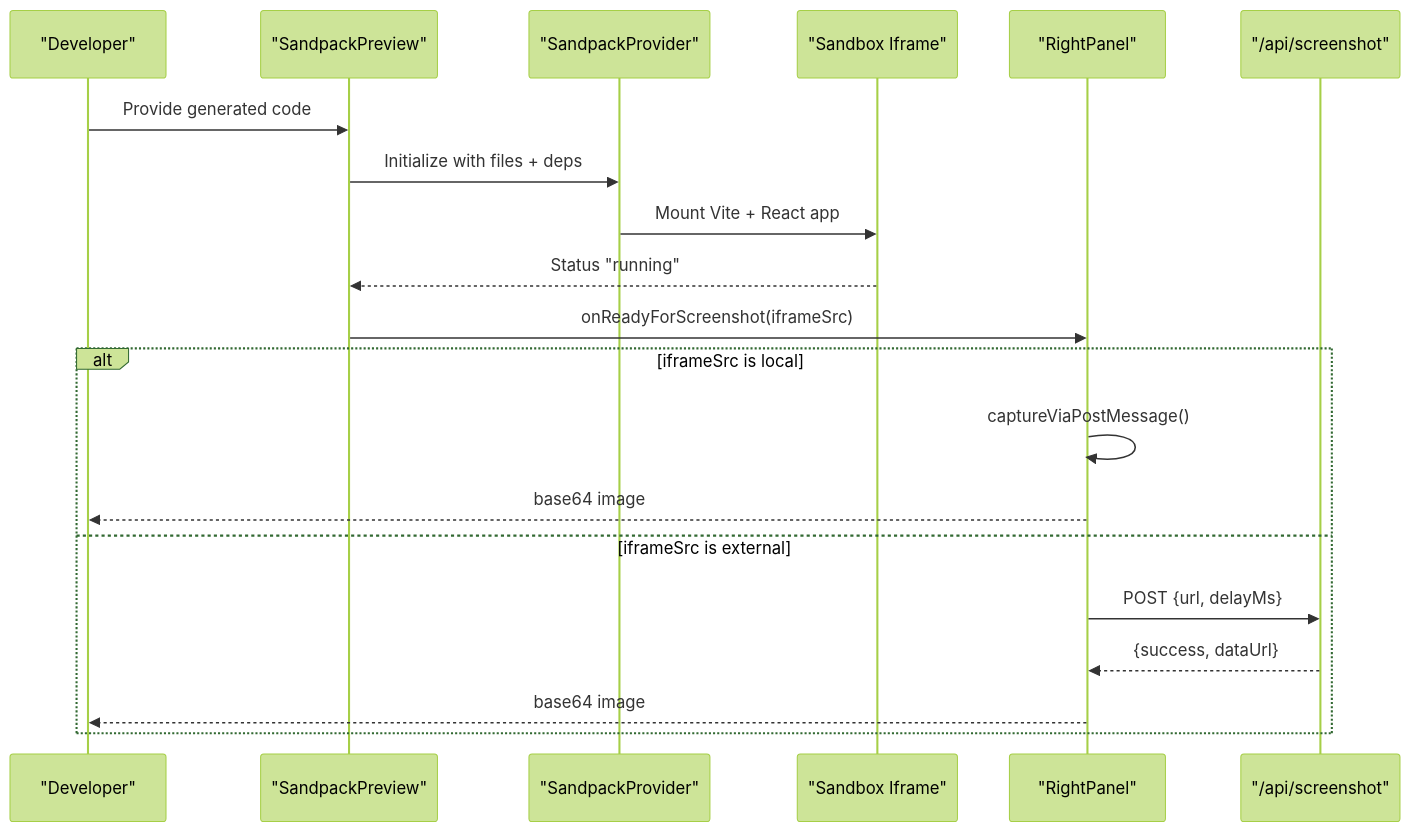
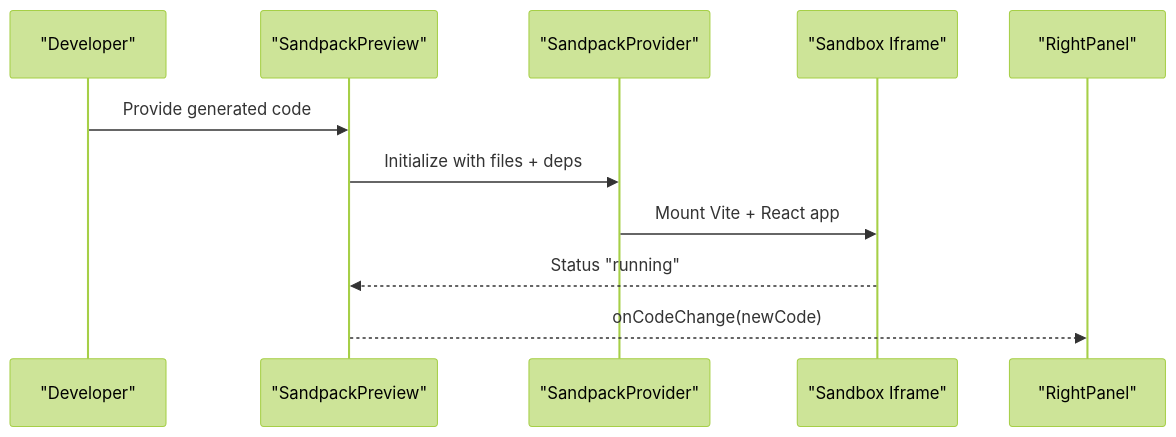
Before and after one commit to shekhargiri005-dotcom/AI-powered-accessibility-first-UI-engine: the second of 5 diagrams in .qoder/repowiki/en/content/Architecture & Design/Layered Architecture/Integration Layer/Live Preview Integration.md, drawn with Mermaid (forest theme). The commit also changed other lines of this file and 71 other files, not shown here.

````diff
--- a/.qoder/repowiki/en/content/Architecture & Design/Layered Architecture/Integration Layer/Live Preview Integration.md
+++ b/.qoder/repowiki/en/content/Architecture & Design/Layered Architecture/Integration Layer/Live Preview Integration.md
@@ -93,22 +94,13 @@
 ```mermaid
 sequenceDiagram
 participant Dev as "Developer"
 participant SP as "SandpackPreview"
 participant SB as "SandpackProvider"
 participant IF as "Sandbox Iframe"
 participant RP as "RightPanel"
-participant API as "/api/screenshot"
 Dev->>SP : Provide generated code
 SP->>SB : Initialize with files + deps
 SB->>IF : Mount Vite + React app
 IF-->>SP : Status "running"
-SP->>RP : onReadyForScreenshot(iframeSrc)
-alt iframeSrc is local
-RP->>RP : captureViaPostMessage()
-RP-->>Dev : base64 image
-else iframeSrc is external
-RP->>API : POST {url, delayMs}
-API-->>RP : {success, dataUrl}
-RP-->>Dev : base64 image
-end
+SP-->>RP : onCodeChange(newCode)
 ```
````
